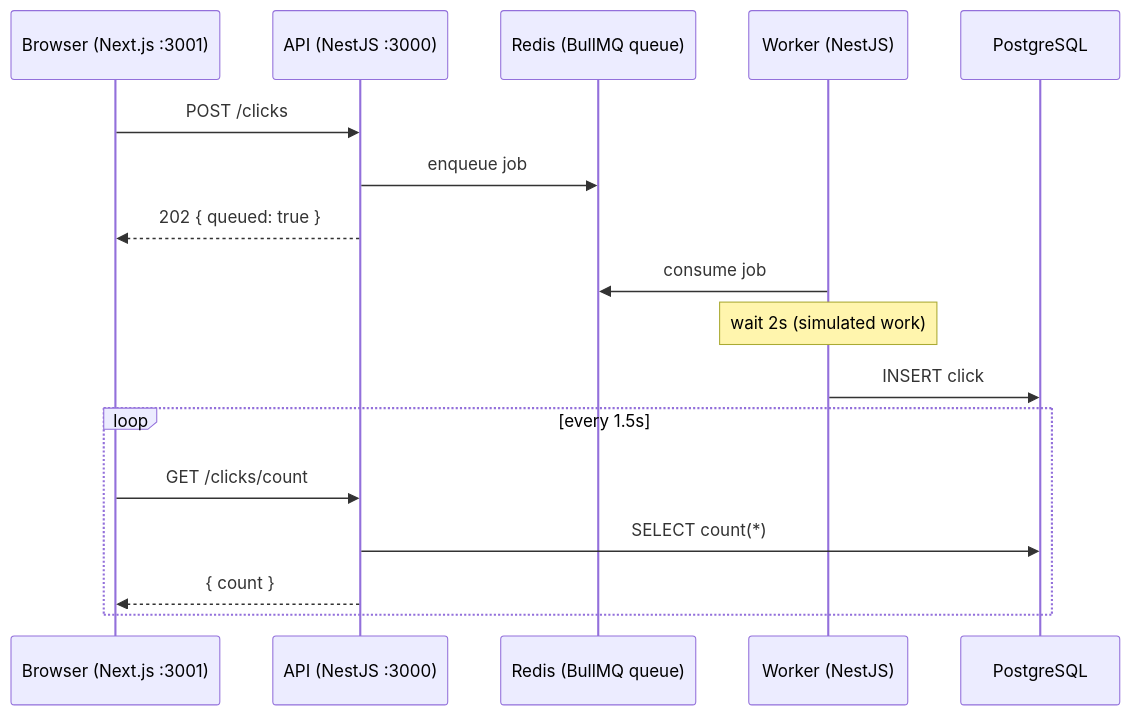
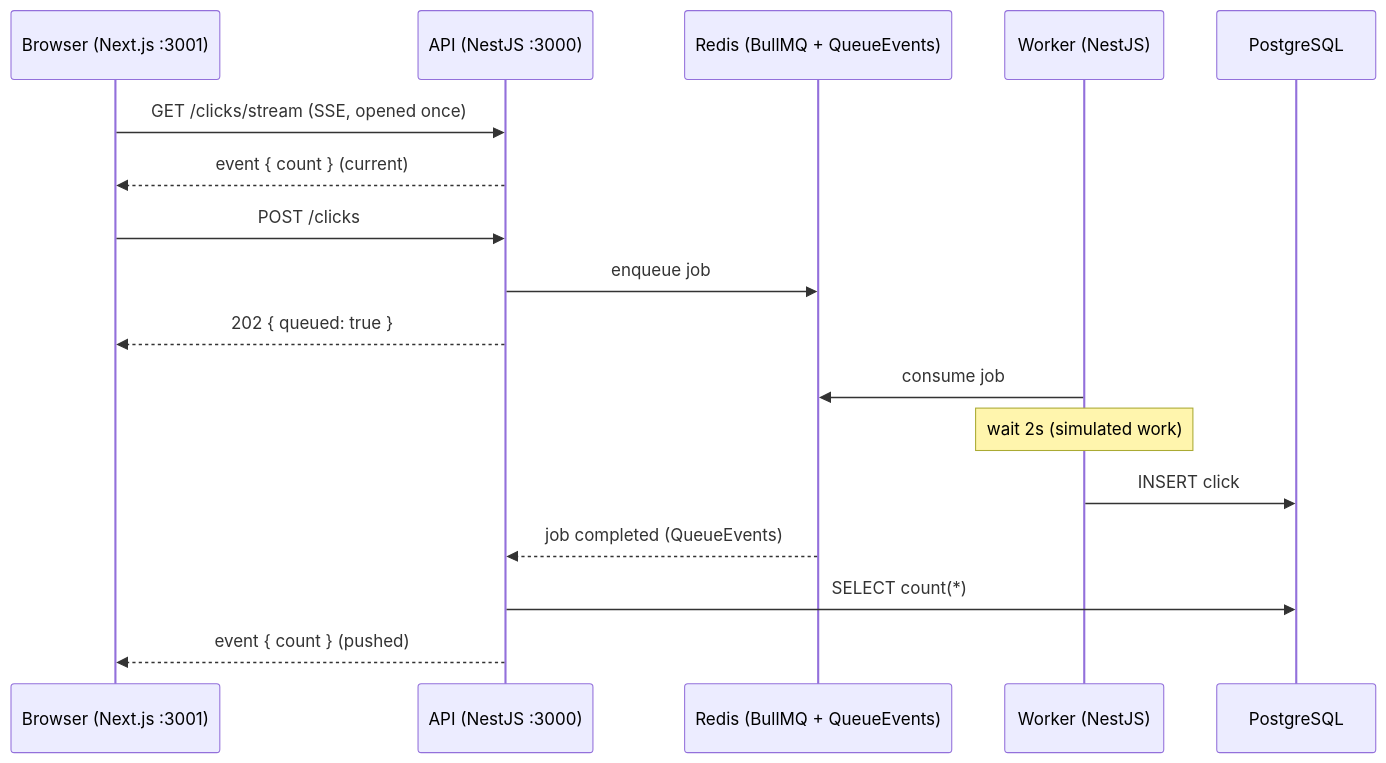
One commit to LeonardoKuhn/estudosaws changed the first of 2 diagrams in README.md. Above: the diagram before and after it, drawn with Mermaid. The commit also changed other lines of this file and 4 other files, not shown here.

````diff
--- a/README.md
+++ b/README.md
@@ -33,20 +35,20 @@
 ```mermaid
 sequenceDiagram
     participant U as Browser (Next.js :3001)
     participant A as API (NestJS :3000)
-    participant Q as Redis (BullMQ queue)
+    participant Q as Redis (BullMQ + QueueEvents)
     participant W as Worker (NestJS)
     participant D as PostgreSQL
 
+    U->>A: GET /clicks/stream (SSE, opened once)
+    A-->>U: event { count } (current)
     U->>A: POST /clicks
     A->>Q: enqueue job
     A-->>U: 202 { queued: true }
     W->>Q: consume job
     Note over W: wait 2s (simulated work)
     W->>D: INSERT click
-    loop every 1.5s
-        U->>A: GET /clicks/count
-        A->>D: SELECT count(*)
-        A-->>U: { count }
-    end
+    Q-->>A: job completed (QueueEvents)
+    A->>D: SELECT count(*)
+    A-->>U: event { count } (pushed)
 ```
````
